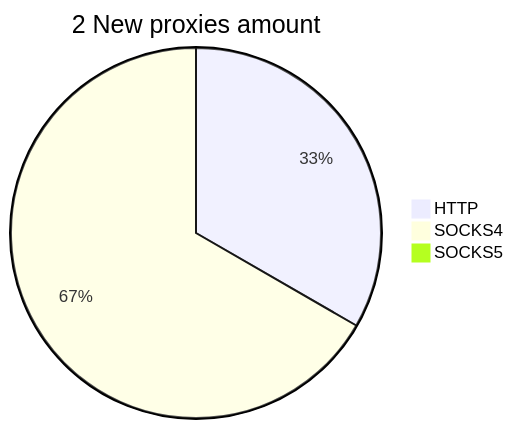
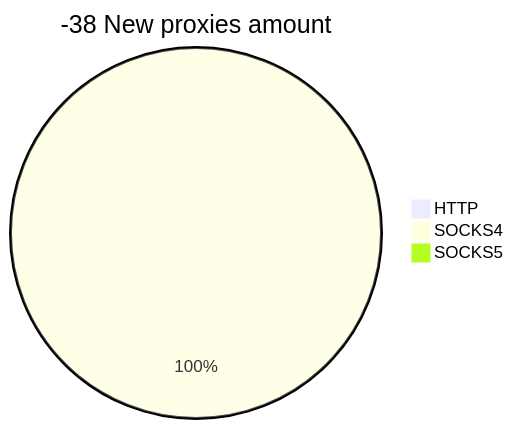
One commit to cutipu/proxylist changed the second of 2 diagrams in README.md. Above: the diagram before and after it, drawn with Mermaid. The commit also changed other lines of this file, not shown here.

````diff
--- a/README.md
+++ b/README.md
@@ -10,6 +10,6 @@
 ```mermaid
-pie title 2 New proxies amount
-    "HTTP" : 1
-    "SOCKS4" : 2
+pie title -38 New proxies amount
+    "HTTP" : 0
+    "SOCKS4" : 11
     "SOCKS5" : 0
 ```
````
